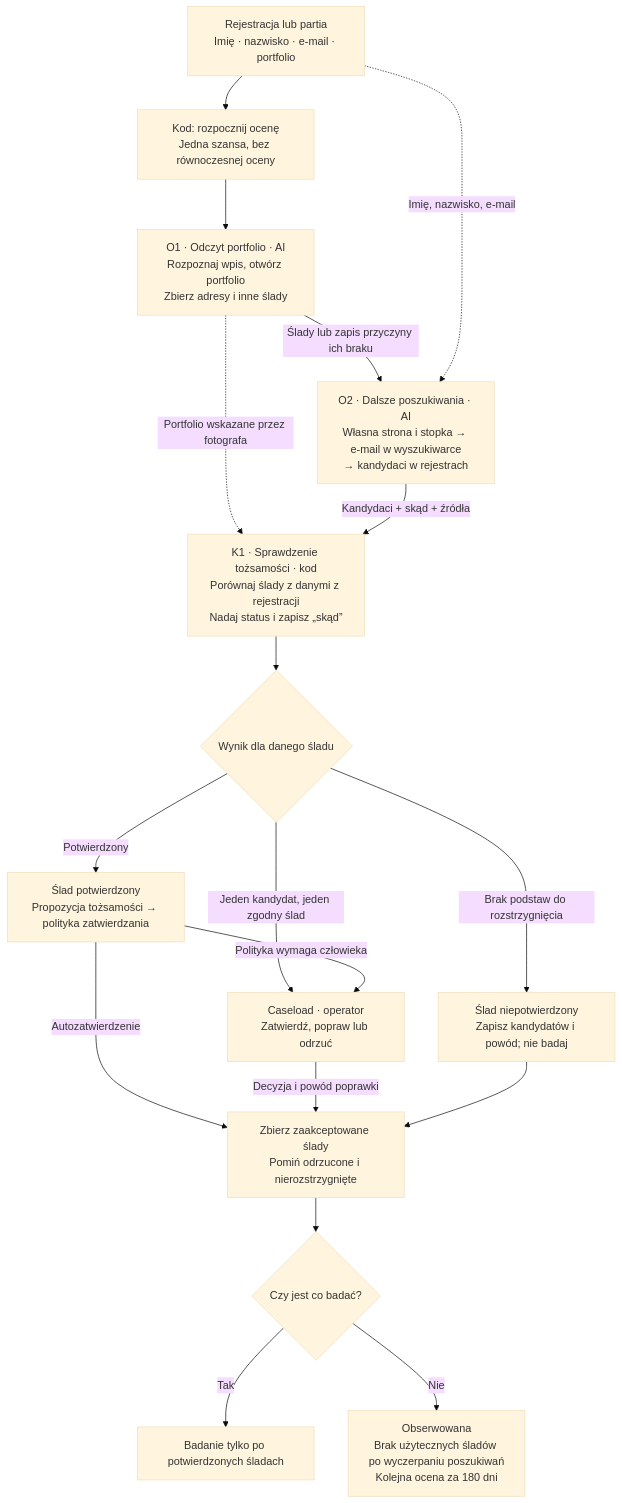
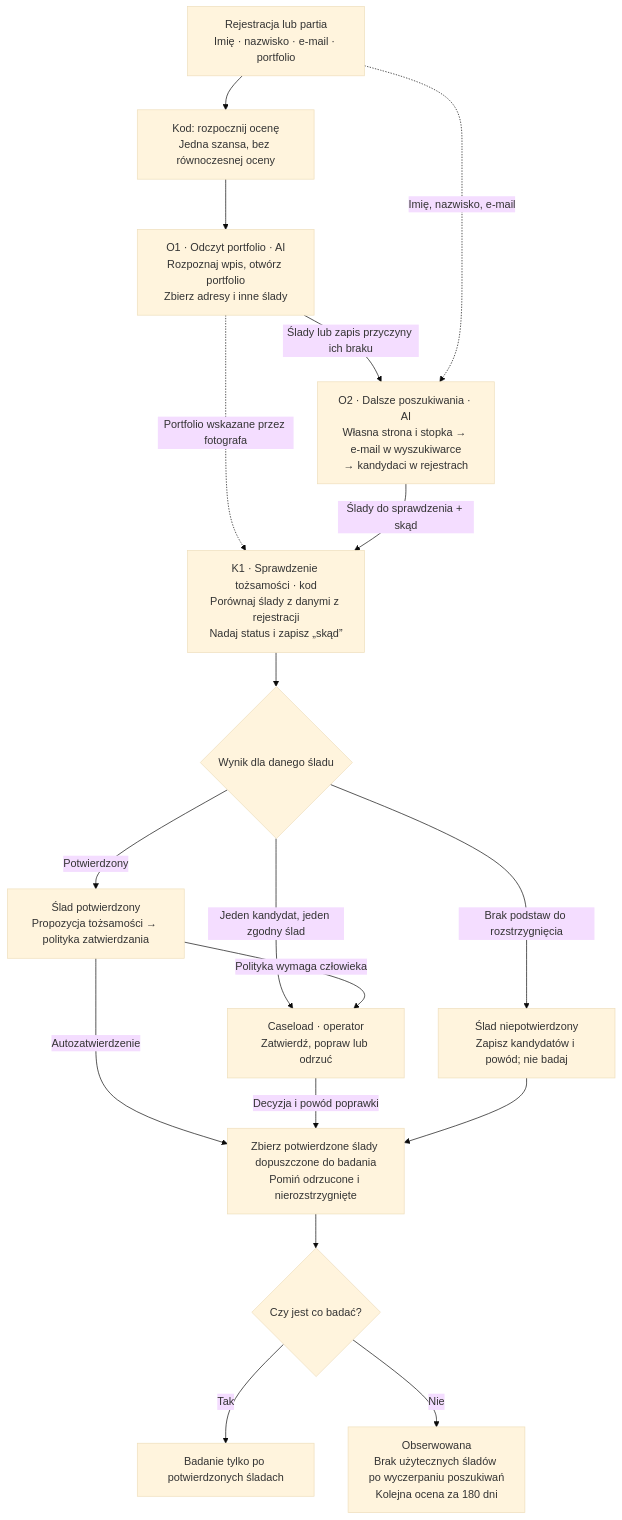
The first of 2 diagrams in docs/przeplyw-do-rozmowy-z-zespolem.md (Asignolo/hackon), drawn with Mermaid (base theme) before and after one commit. The commit also changed other lines of this file, not shown here.

Commit message:
docs: clarify photographer assessment flow labels

````diff
--- a/docs/przeplyw-do-rozmowy-z-zespolem.md
+++ b/docs/przeplyw-do-rozmowy-z-zespolem.md
@@ -11,32 +11,32 @@
 ```mermaid
 flowchart TD
     REG["Rejestracja lub partia<br/>Imię · nazwisko · e-mail · portfolio"]
     START["Kod: rozpocznij ocenę<br/>Jedna szansa, bez równoczesnej oceny"]
     O1["O1 · Odczyt portfolio · AI<br/>Rozpoznaj wpis, otwórz portfolio<br/>Zbierz adresy i inne ślady"]
     O2["O2 · Dalsze poszukiwania · AI<br/>Własna strona i stopka → e-mail w wyszukiwarce<br/>→ kandydaci w rejestrach"]
     K1["K1 · Sprawdzenie tożsamości · kod<br/>Porównaj ślady z danymi z rejestracji<br/>Nadaj status i zapisz „skąd”"]
     CLASS{"Wynik dla danego śladu"}
     POLICY["Ślad potwierdzony<br/>Propozycja tożsamości → polityka zatwierdzania"]
     HUMAN["Caseload · operator<br/>Zatwierdź, popraw lub odrzuć"]
     CAND["Ślad niepotwierdzony<br/>Zapisz kandydatów i powód; nie badaj"]
-    SET["Zbierz zaakceptowane ślady<br/>Pomiń odrzucone i nierozstrzygnięte"]
+    SET["Zbierz potwierdzone ślady dopuszczone do badania<br/>Pomiń odrzucone i nierozstrzygnięte"]
     ANY{"Czy jest co badać?"}
     RESEARCH["Badanie tylko po potwierdzonych śladach"]
     WAIT["Obserwowana<br/>Brak użytecznych śladów po wyczerpaniu poszukiwań<br/>Kolejna ocena za 180 dni"]
     REG --> START --> O1
     O1 -->|"Ślady lub zapis przyczyny ich braku"| O2
     REG -.->|"Imię, nazwisko, e-mail"| O2
     O1 -.->|"Portfolio wskazane przez fotografa"| K1
-    O2 -->|"Kandydaci + skąd + źródła"| K1
+    O2 -->|"Ślady do sprawdzenia + skąd"| K1
     K1 --> CLASS
     CLASS -->|"Potwierdzony"| POLICY
     CLASS -->|"Jeden kandydat, jeden zgodny ślad"| HUMAN
     CLASS -->|"Brak podstaw do rozstrzygnięcia"| CAND
     POLICY -->|"Autozatwierdzenie"| SET
     POLICY -->|"Polityka wymaga człowieka"| HUMAN
     HUMAN -->|"Decyzja i powód poprawki"| SET
     CAND --> SET
     SET --> ANY
     ANY -->|"Tak"| RESEARCH
     ANY -->|"Nie"| WAIT
 ```
````
